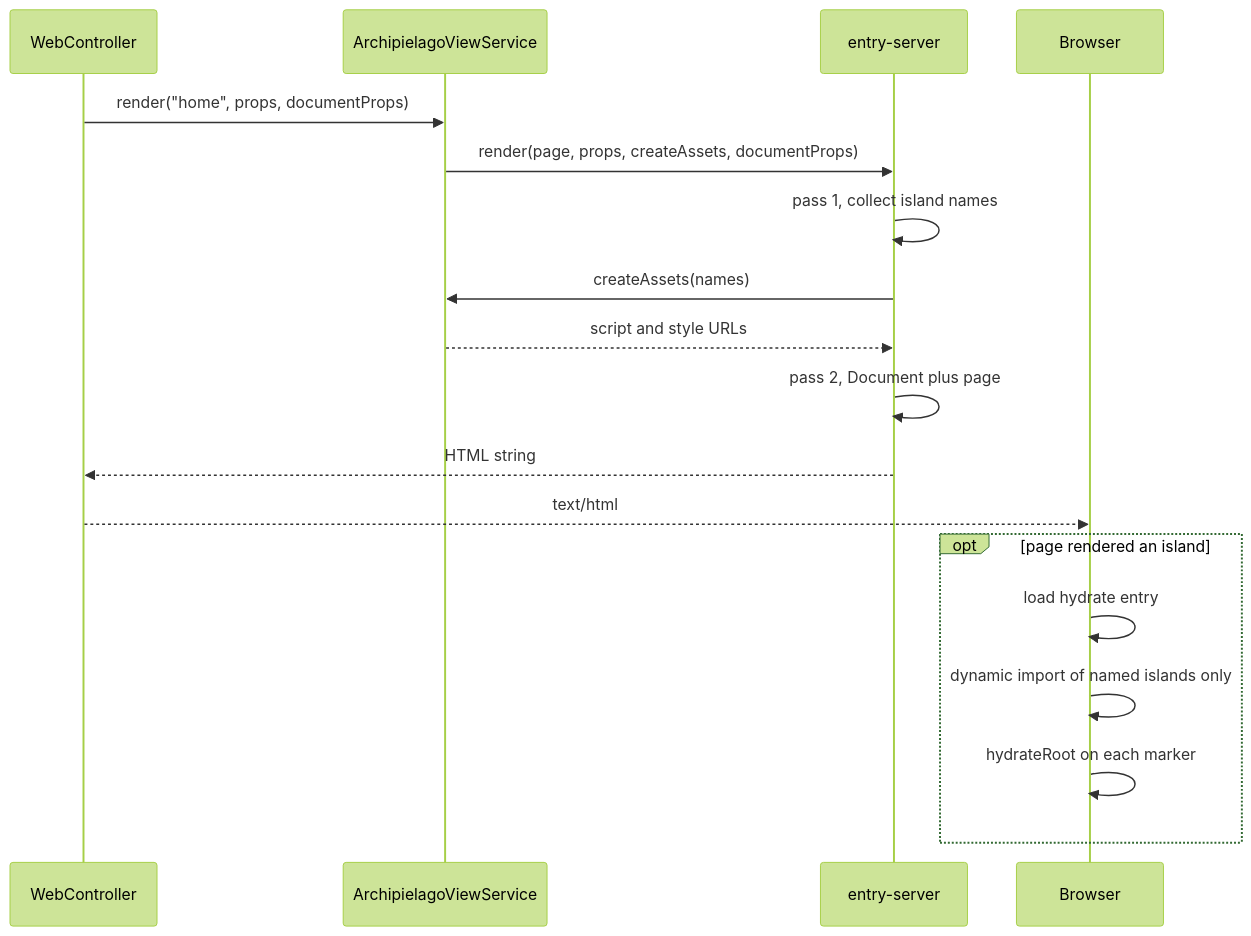
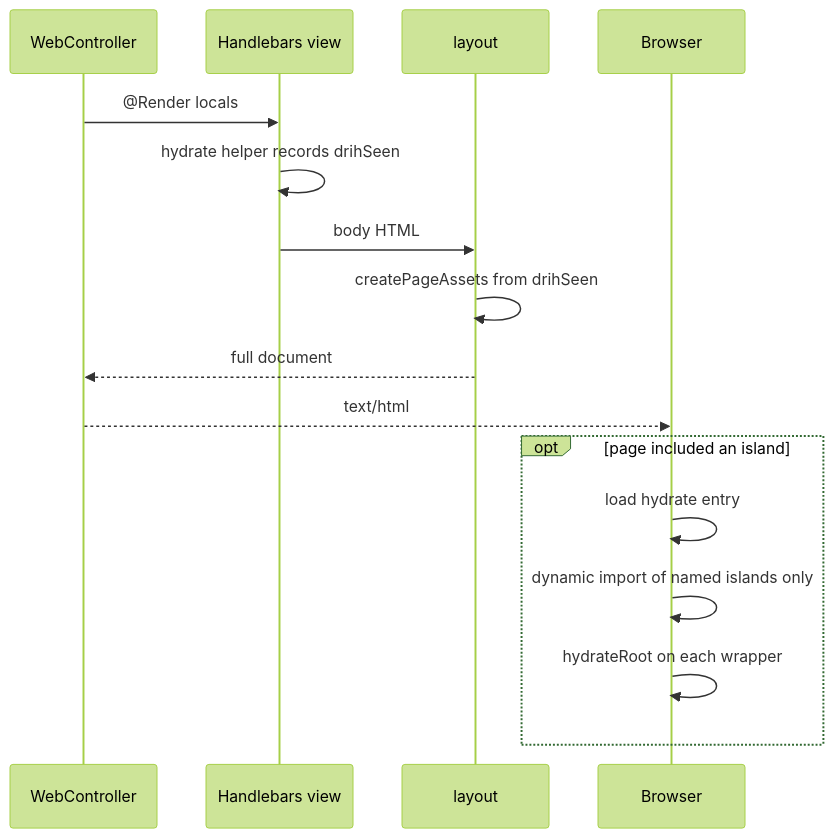
The fifth of 6 diagrams in examples/nestjs/docs/architecture.md (isaaclfelix/archipielago), drawn with Mermaid (forest theme) before and after one commit. The commit also changed other lines of this file and 28 other files, not shown here.

First line of the commit message:
docs: record Handlebars Drih islands and close TD-037 and TD-038

````diff
--- a/examples/nestjs/docs/architecture.md
+++ b/examples/nestjs/docs/architecture.md
@@ -283,20 +264,18 @@
 ```mermaid
 sequenceDiagram
   participant W as WebController
-  participant V as ArchipielagoViewService
-  participant E as entry-server
+  participant V as Handlebars view
+  participant L as layout
   participant B as Browser
-  W->>V: render("home", props, documentProps)
-  V->>E: render(page, props, createAssets, documentProps)
-  E->>E: pass 1, collect island names
-  E->>V: createAssets(names)
-  V-->>E: script and style URLs
-  E->>E: pass 2, Document plus page
-  E-->>W: HTML string
+  W->>V: @Render locals
+  V->>V: hydrate helper records drihSeen
+  V->>L: body HTML
+  L->>L: createPageAssets from drihSeen
+  L-->>W: full document
   W-->>B: text/html
-  opt page rendered an island
+  opt page included an island
     B->>B: load hydrate entry
     B->>B: dynamic import of named islands only
-    B->>B: hydrateRoot on each marker
+    B->>B: hydrateRoot on each wrapper
   end
 ```
````
